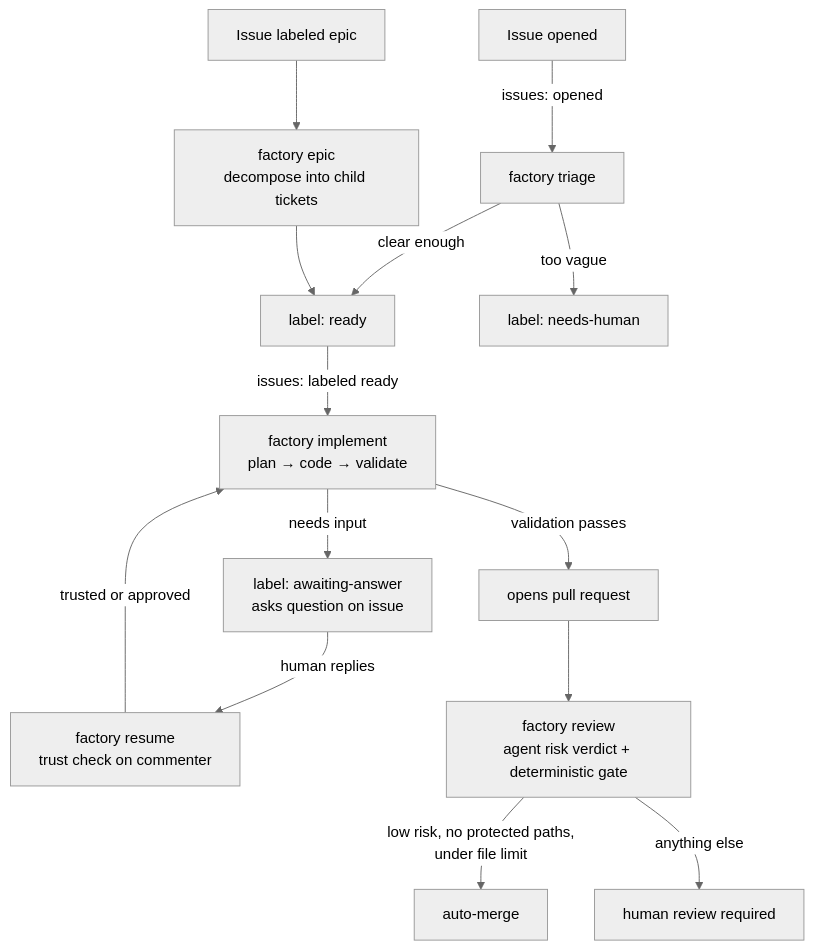
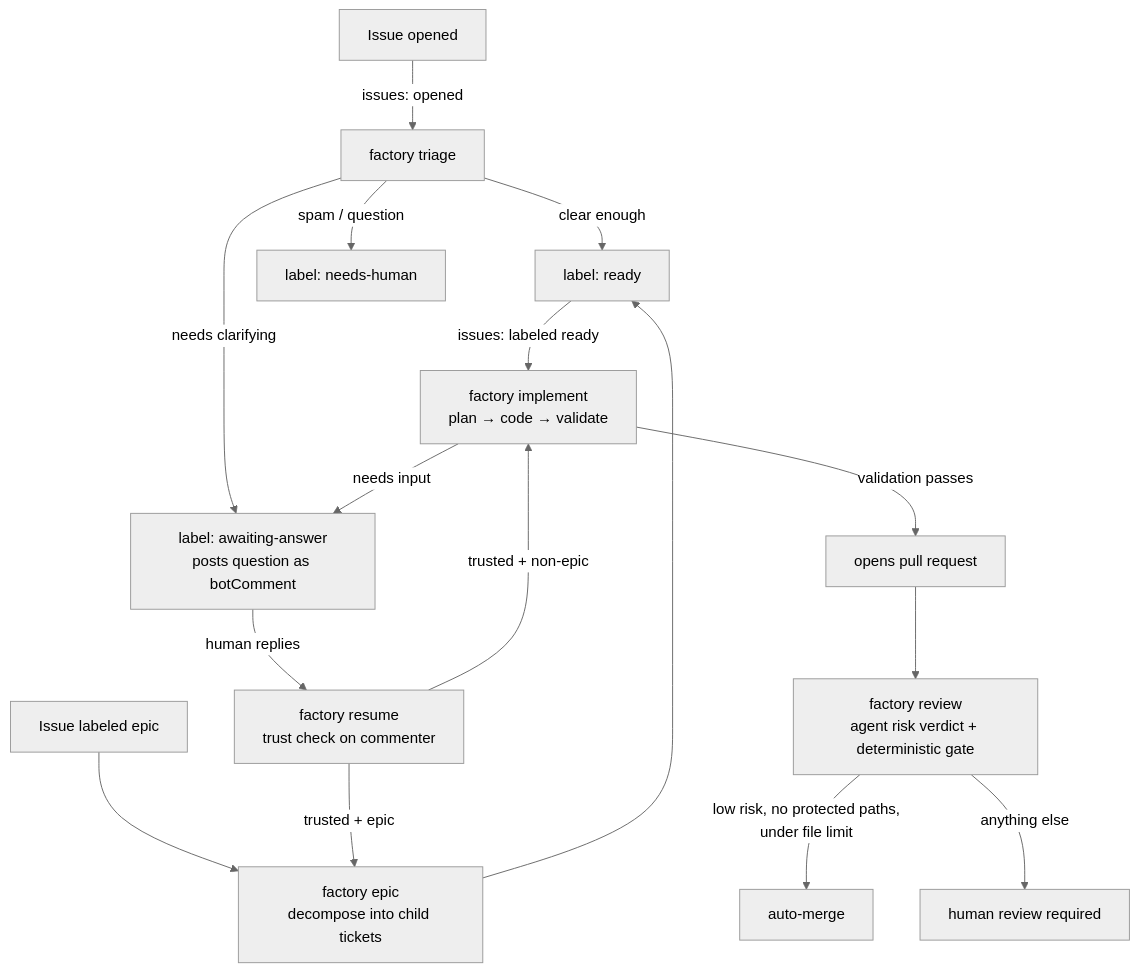
The diagram in README.md (rlweb/a-factory), drawn with Mermaid (neutral theme) before and after one commit. The commit also changed other lines of this file and 3 other files, not shown here.

Commit message:
Add a way to answer epic questions or issue comments

````diff
--- a/README.md
+++ b/README.md
@@ -12,16 +12,18 @@
 ```mermaid
 flowchart TD
     A[Issue opened] -->|issues: opened| T[factory triage]
     T -->|clear enough| R[label: ready]
-    T -->|too vague| H[label: needs-human]
+    T -->|needs clarifying| Q
+    T -->|spam / question| H[label: needs-human]
     E[Issue labeled epic] --> EP[factory epic<br/>decompose into child tickets]
     EP --> R
     R -->|issues: labeled ready| B[factory implement<br/>plan → code → validate]
-    B -->|needs input| Q[label: awaiting-answer<br/>asks question on issue]
+    B -->|needs input| Q[label: awaiting-answer<br/>posts question as botComment]
     Q -->|human replies| RS[factory resume<br/>trust check on commenter]
-    RS -->|trusted or approved| B
+    RS -->|trusted + non-epic| B
+    RS -->|trusted + epic| EP
     B -->|validation passes| PR[opens pull request]
     PR --> RV[factory review<br/>agent risk verdict + deterministic gate]
     RV -->|low risk, no protected paths,<br/>under file limit| M[auto-merge]
     RV -->|anything else| HR[human review required]
 ```
````
